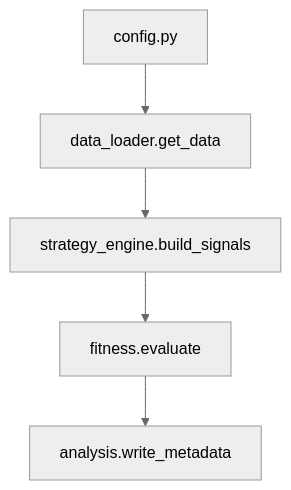
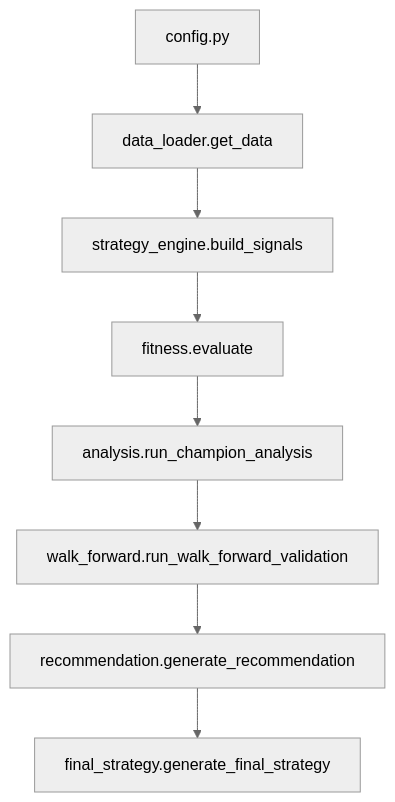
Before and after one commit to ctp5717/Gen_Algo: the diagram in docs/getting_started.md, drawn with Mermaid (neutral theme). The commit also changed other lines of this file and 5 other files, not shown here.

````diff
--- a/docs/getting_started.md
+++ b/docs/getting_started.md
@@ -48,7 +84,10 @@
 ```mermaid
 graph TD
     A[config.py] --> B[data_loader.get_data]
     B --> C[strategy_engine.build_signals]
     C --> D[fitness.evaluate]
-    D --> E[analysis.write_metadata]
+    D --> E[analysis.run_champion_analysis]
+    E --> F[walk_forward.run_walk_forward_validation]
+    F --> G[recommendation.generate_recommendation]
+    G --> H[final_strategy.generate_final_strategy]
 ```
````
